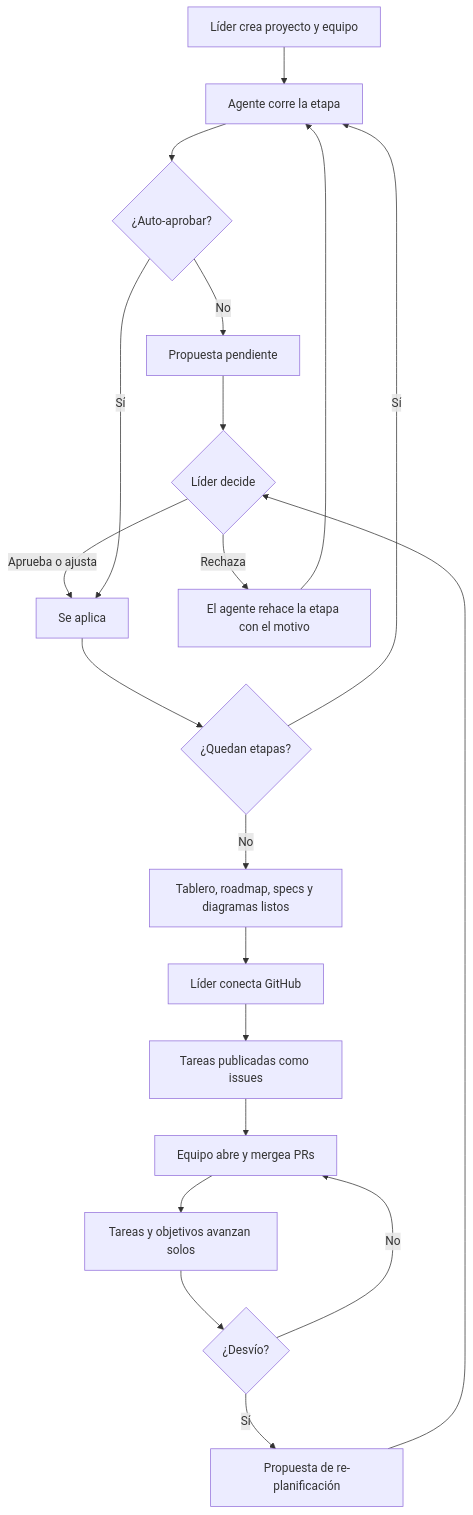
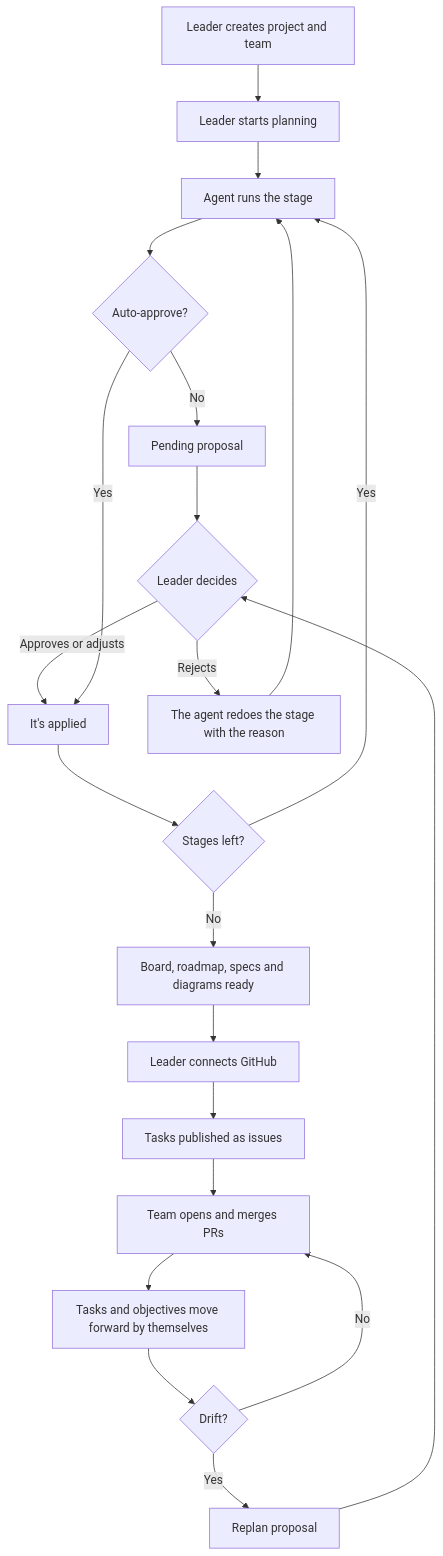
One commit to Mitchz01/TransparencIA changed the second of 18 diagrams in plan/use-cases.md. Above: the diagram before and after it, drawn with Mermaid. The commit also changed other lines of this file and 68 other files, not shown here.

````diff
--- a/plan/use-cases.md
+++ b/plan/use-cases.md
@@ -94,22 +94,23 @@
 ```mermaid
 flowchart TD
-    a[Líder crea proyecto y equipo] --> b[Agente corre la etapa]
-    b --> c{¿Auto-aprobar?}
-    c -- No --> d[Propuesta pendiente]
-    d --> e{Líder decide}
-    e -- Aprueba o ajusta --> f[Se aplica]
-    e -- Rechaza --> g[El agente rehace la etapa con el motivo]
+    a[Leader creates project and team] --> a2[Leader starts planning]
+    a2 --> b[Agent runs the stage]
+    b --> c{Auto-approve?}
+    c -- No --> d[Pending proposal]
+    d --> e{Leader decides}
+    e -- Approves or adjusts --> f[It's applied]
+    e -- Rejects --> g[The agent redoes the stage with the reason]
     g --> b
-    c -- Sí --> f
-    f --> h{¿Quedan etapas?}
-    h -- Sí --> b
-    h -- No --> i[Tablero, roadmap, specs y diagramas listos]
-    i --> j[Líder conecta GitHub]
-    j --> k[Tareas publicadas como issues]
-    k --> l[Equipo abre y mergea PRs]
-    l --> m[Tareas y objetivos avanzan solos]
-    m --> n{¿Desvío?}
-    n -- Sí --> o[Propuesta de re-planificación]
+    c -- Yes --> f
+    f --> h{Stages left?}
+    h -- Yes --> b
+    h -- No --> i[Board, roadmap, specs and diagrams ready]
+    i --> j[Leader connects GitHub]
+    j --> k[Tasks published as issues]
+    k --> l[Team opens and merges PRs]
+    l --> m[Tasks and objectives move forward by themselves]
+    m --> n{Drift?}
+    n -- Yes --> o[Replan proposal]
     o --> e
     n -- No --> l
 ```
````
